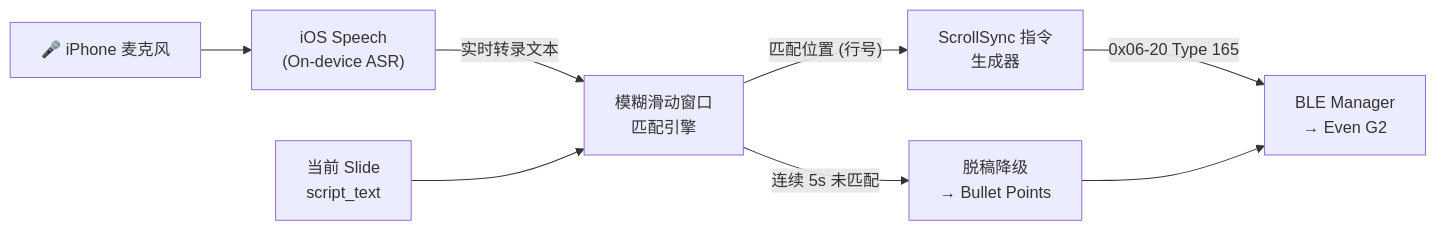
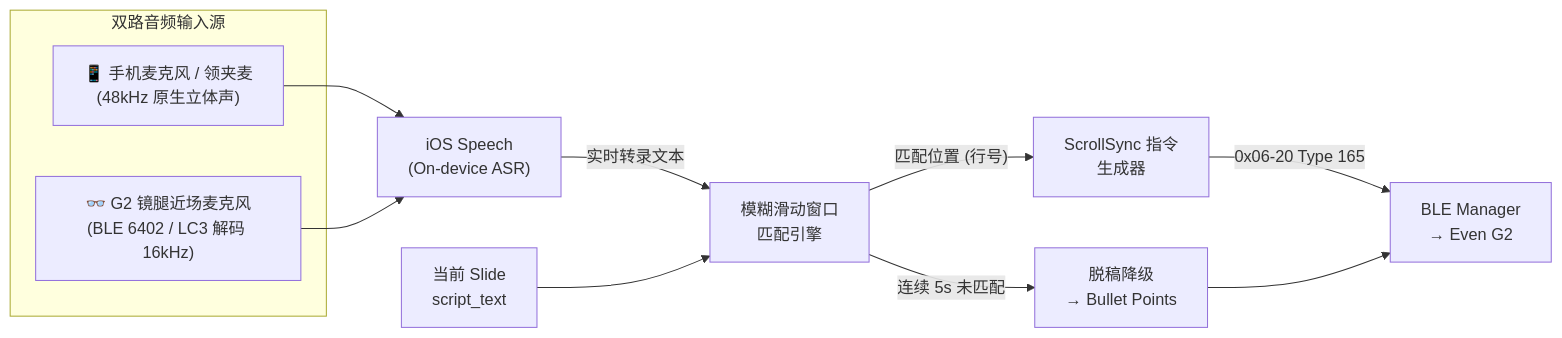
Before and after one commit to havvk/even-g2-smart-classroom: the fifth of 6 diagrams in docs/requirements_spec.md, drawn with Mermaid. The commit also changed other lines of this file and 189 other files, not shown here.

First line of the commit message:
feat: complete Even G2 AI speech follow teleprompter with dual audio sources and LC3 decoding

````diff
--- a/docs/requirements_spec.md
+++ b/docs/requirements_spec.md
@@ -277,10 +277,15 @@
 ```mermaid
 flowchart LR
-    MIC["🎤 iPhone 麦克风"] --> ASR["iOS Speech\n(On-device ASR)"]
+    subgraph Audio_Sources ["双路音频输入源"]
+        MIC_PHONE["📱 手机麦克风 / 领夹麦\n(48kHz 原生立体声)"]
+        MIC_GLASSES["👓 G2 镜腿近场麦克风\n(BLE 6402 / LC3 解码 16kHz)"]
+    end
+    MIC_PHONE --> ASR["iOS Speech\n(On-device ASR)"]
+    MIC_GLASSES --> ASR
     ASR --> |"实时转录文本"| MATCH["模糊滑动窗口\n匹配引擎"]
     SCRIPT["当前 Slide\nscript_text"] --> MATCH
     MATCH --> |"匹配位置 (行号)"| SCROLL["ScrollSync 指令\n生成器"]
     SCROLL --> |"0x06-20 Type 165"| BLE["BLE Manager\n→ Even G2"]
     MATCH --> |"连续 5s 未匹配"| FALLBACK["脱稿降级\n→ Bullet Points"]
     FALLBACK --> BLE
 ```
````
